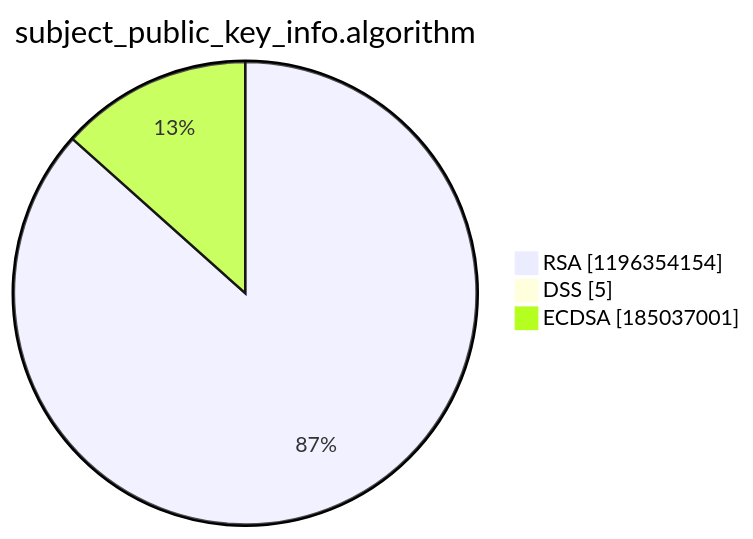
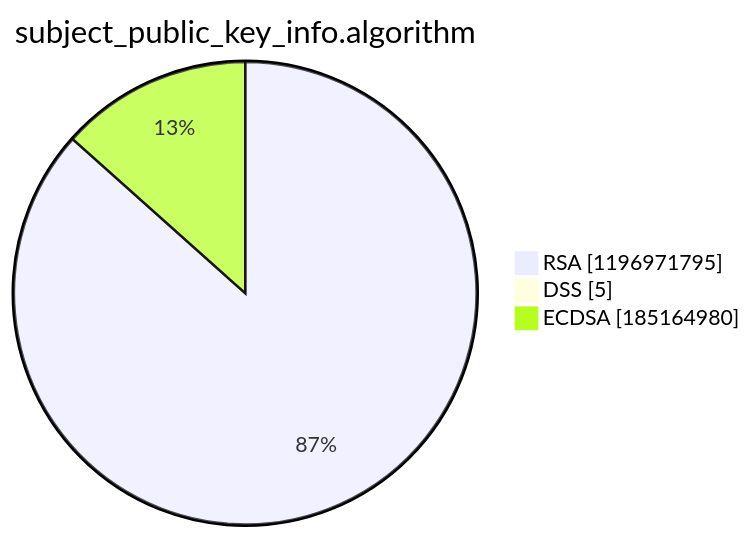
The third of 15 diagrams in argon2022/README.md (christiankrug/ctmonitor_visualization), drawn with Mermaid before and after one commit. The commit also changed other lines of this file, not shown here.

````diff
--- a/argon2022/README.md
+++ b/argon2022/README.md
@@ -14,7 +14,7 @@
 ```mermaid
 pie showData
 title subject_public_key_info.algorithm
-"RSA" :1196354154
+"RSA" :1196971795
 "DSS" :5
-"ECDSA" :185037001
+"ECDSA" :185164980
 ```
````
